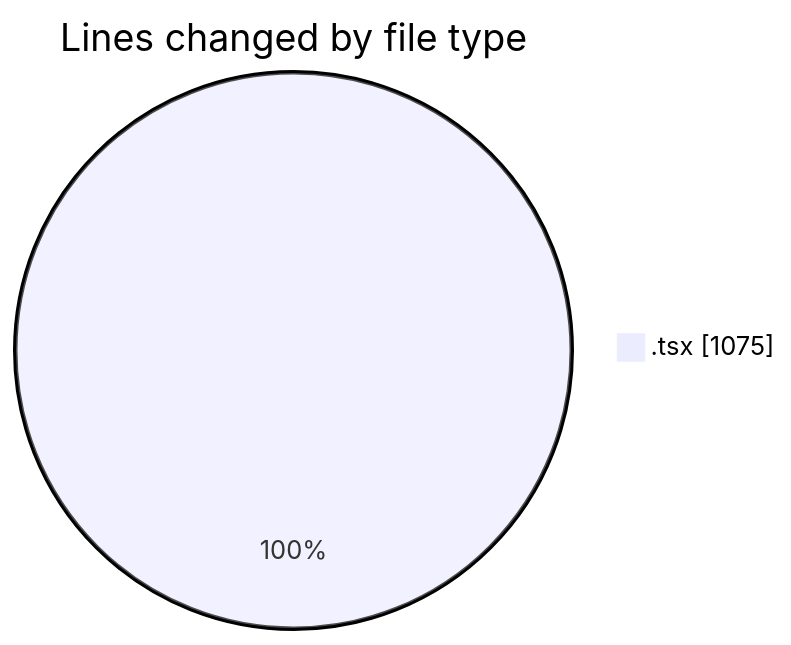
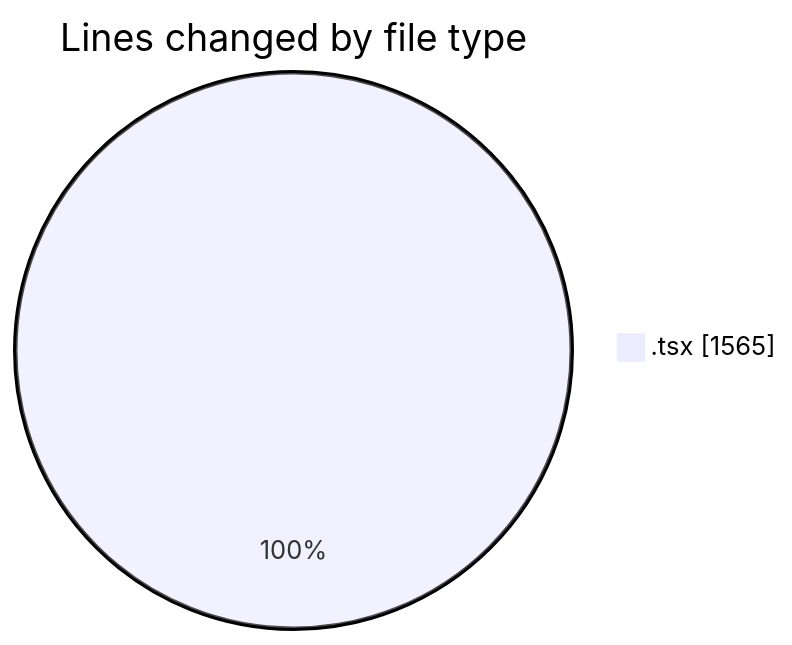
The first of 2 diagrams in 2026-08-09/nxtqube_webapp/README.md (nxtqubesakshisongat/code-tracking), drawn with Mermaid before and after one commit. The commit also changed other lines of this file and 1 other file, not shown here.

````diff
--- a/2026-08-09/nxtqube_webapp/README.md
+++ b/2026-08-09/nxtqube_webapp/README.md
@@ -23,5 +24,5 @@
 ```mermaid
 pie showData
 title Lines changed by file type
-".tsx" : 1075
+".tsx" : 1565
 ```
````
